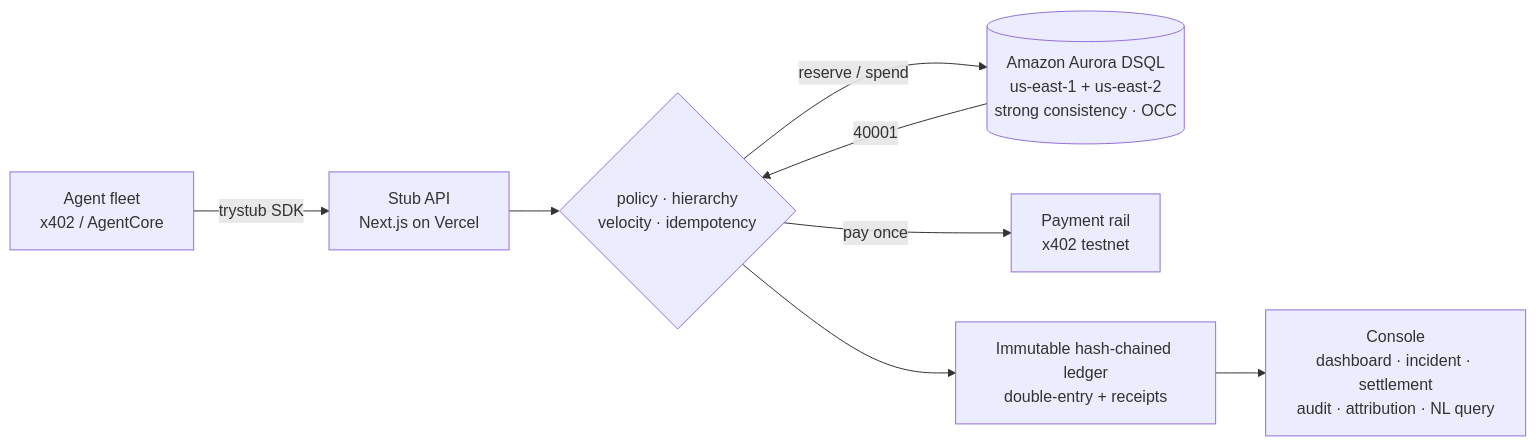
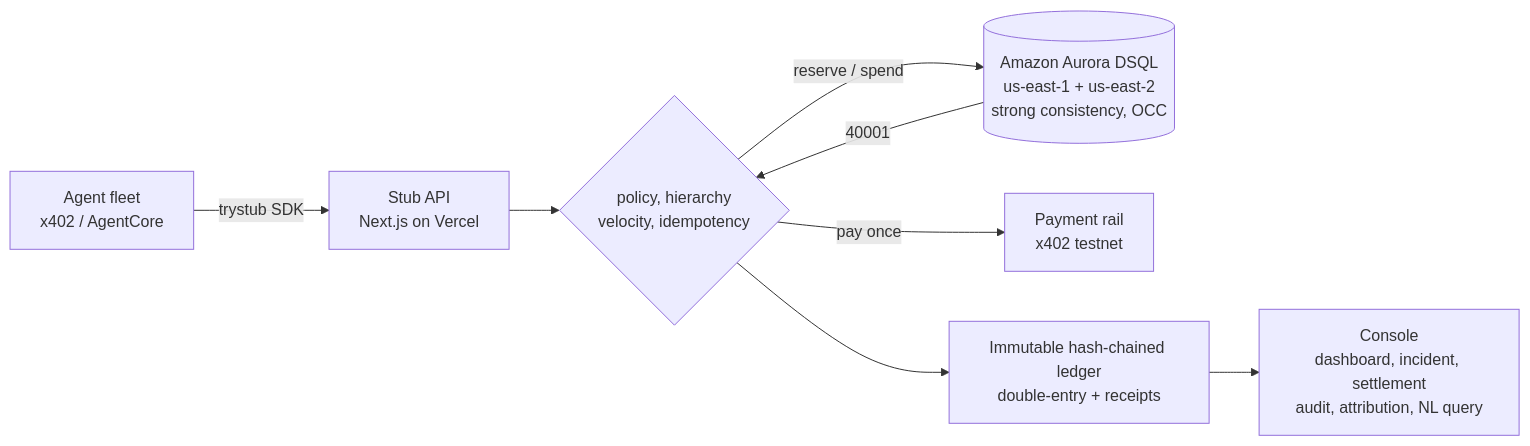
Before and after one commit to ashutosh887/stub: the diagram in README.md, drawn with Mermaid. The commit also changed other lines of this file and 5 other files, not shown here.

````diff
--- a/README.md
+++ b/README.md
@@ -130,10 +146,10 @@
 ```mermaid
 flowchart LR
   A[Agent fleet<br/>x402 / AgentCore] -->|trystub SDK| B[Stub API<br/>Next.js on Vercel]
-  B --> C{policy · hierarchy<br/>velocity · idempotency}
-  C -->|reserve / spend| D[(Amazon Aurora DSQL<br/>us-east-1 + us-east-2<br/>strong consistency · OCC)]
+  B --> C{policy, hierarchy<br/>velocity, idempotency}
+  C -->|reserve / spend| D[(Amazon Aurora DSQL<br/>us-east-1 + us-east-2<br/>strong consistency, OCC)]
   D -->|40001| C
   C -->|pay once| P[Payment rail<br/>x402 testnet]
   C --> L[Immutable hash-chained ledger<br/>double-entry + receipts]
-  L --> V[Console<br/>dashboard · incident · settlement<br/>audit · attribution · NL query]
+  L --> V[Console<br/>dashboard, incident, settlement<br/>audit, attribution, NL query]
 ```
````
